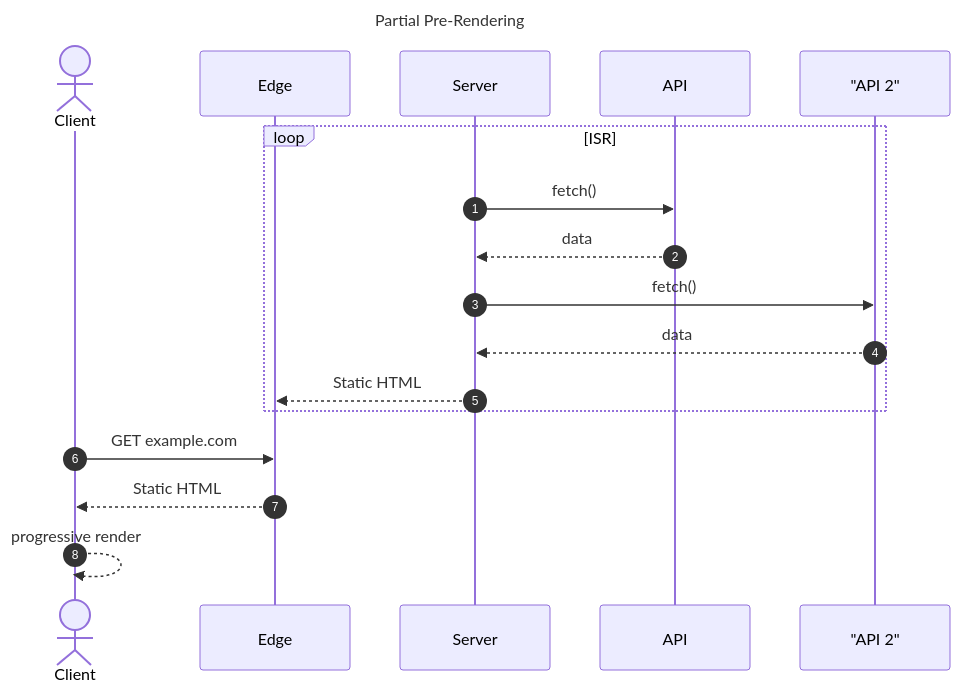
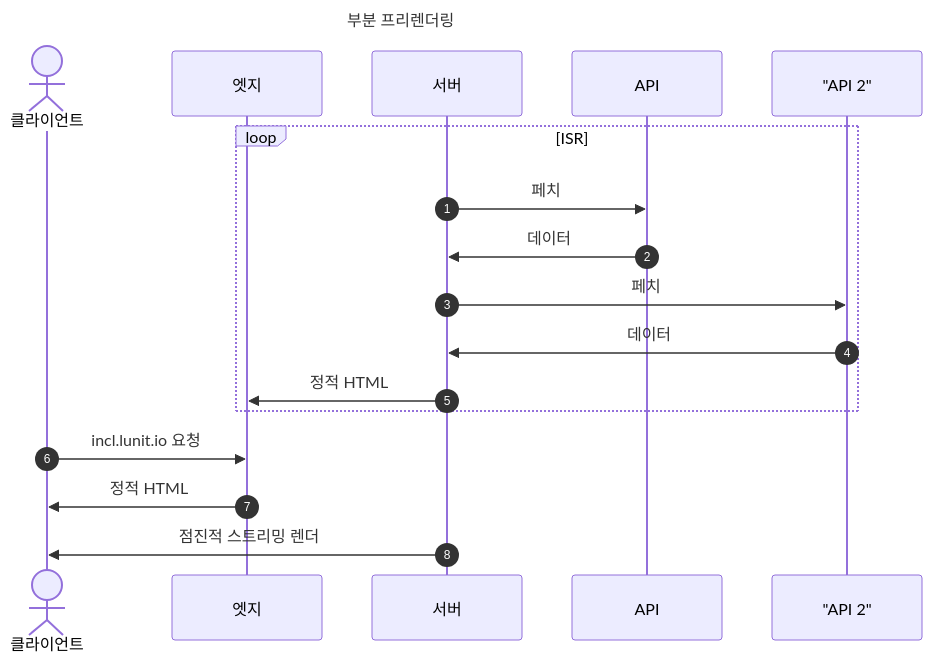
One commit to anaclumos/extracranial changed the second of 3 diagrams in posts/2025-05-20-incl-rebuild/ko.md. Above: the diagram before and after it, drawn with Mermaid. The commit also changed other lines of this file, not shown here.

````diff
--- a/posts/2025-05-20-incl-rebuild/ko.md
+++ b/posts/2025-05-20-incl-rebuild/ko.md
@@ -96,24 +96,24 @@
 ```mermaid
 sequenceDiagram
-    title Partial Pre-Rendering
+    title 부분 프리렌더링
     autonumber
-    actor Client
-    participant Edge
-    participant Server
+    actor 클라이언트
+    participant 엣지
+    participant 서버
     participant API
     participant API2 as "API 2"
 
     %% build / ISR revalidate cycle
     loop ISR
-        Server->>API: fetch()
-        API-->>Server: data
-        Server->>API2: fetch()
-        API2-->>Server: data
-        Server-->>Edge: Static HTML
+        서버->>API: 페치
+        API->>서버: 데이터
+        서버->>API2: 페치
+        API2->>서버: 데이터
+        서버->>엣지: 정적 HTML
     end
 
     %% request-time
-    Client->>Edge: GET example.com
-    Edge-->>Client: Static HTML
-    Client-->>Client: progressive render
+    클라이언트->>엣지: incl.lunit.io 요청
+    엣지->>클라이언트: 정적 HTML
+    서버->>클라이언트: 점진적 스트리밍 렌더
 ```
````
